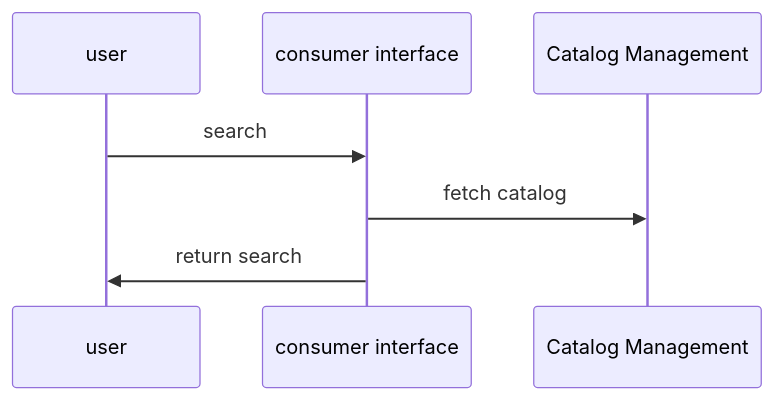
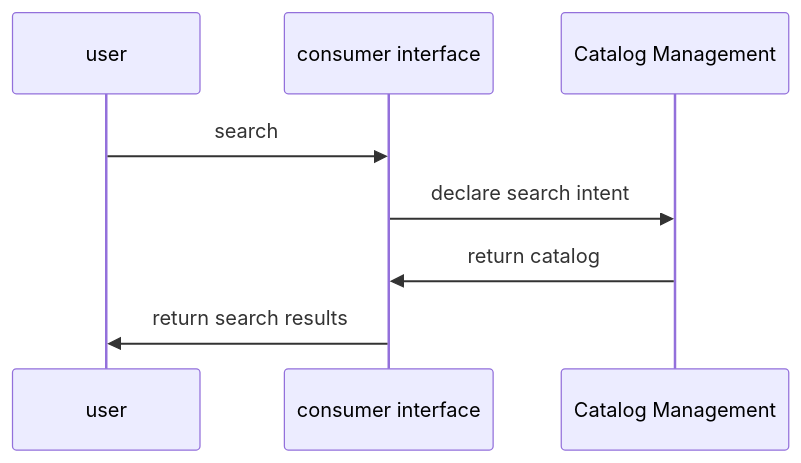
The first of 15 diagrams in spec/9-workflows.md (GovStackWorkingGroup/bb-emarketplace), drawn with Mermaid before and after one commit. The commit also changed other lines of this file and 3 other files, not shown here.

````diff
--- a/spec/9-workflows.md
+++ b/spec/9-workflows.md
@@ -34,6 +34,7 @@
 ```mermaid
 sequenceDiagram
     user->>consumer interface: search 
-    consumer interface->>Catalog Management:fetch catalog
-    consumer interface->>user:return search
+    consumer interface->>Catalog Management:declare search intent
+   Catalog Management->>consumer interface:return catalog
+    consumer interface->>user:return search results
 ```
````
